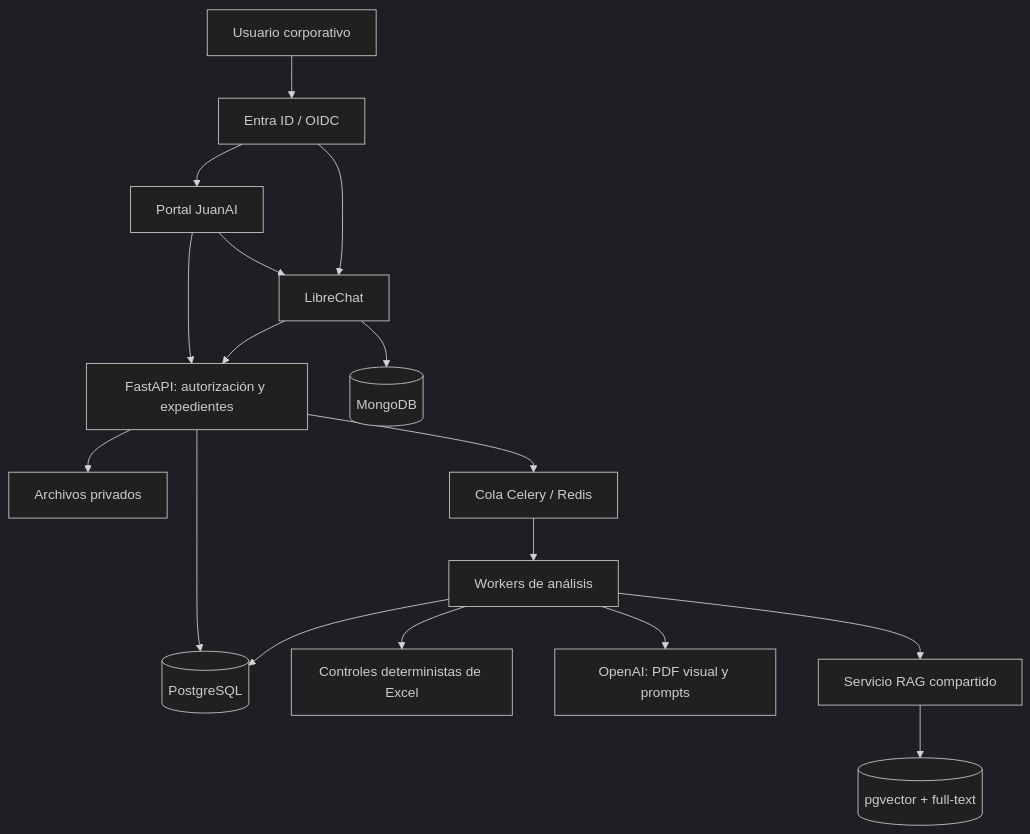
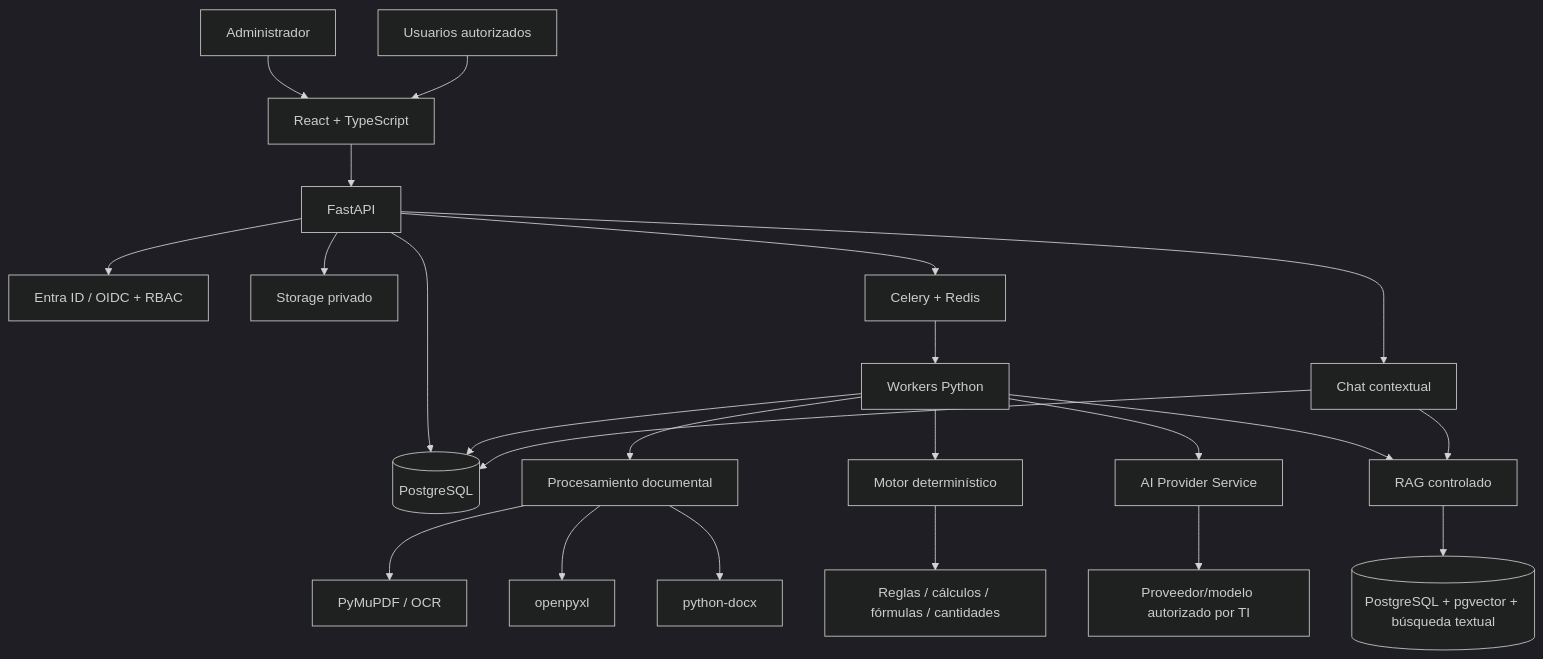
Before and after one commit to rhenriquezvigaflow/JuanitoAI_Test: the diagram in ARQUITECTURA_OBJETIVO.md, drawn with Mermaid (dark theme). The commit also changed other lines of this file, not shown here.

````diff
--- a/ARQUITECTURA_OBJETIVO.md
+++ b/ARQUITECTURA_OBJETIVO.md
@@ -32,19 +29,34 @@
 ```mermaid
 flowchart TD
-    U[Usuario corporativo] --> S[Entra ID / OIDC]
-    S --> P[Portal JuanAI]
-    P --> A[FastAPI: autorización y expedientes]
-    A --> D[(PostgreSQL)]
-    A --> F[Archivos privados]
-    A --> Q[Cola Celery / Redis]
-    Q --> W[Workers de análisis]
-    W --> X[Controles deterministas de Excel]
-    W --> O[OpenAI: PDF visual y prompts]
-    W --> R[Servicio RAG compartido]
-    R --> V[(pgvector + full-text)]
-    W --> D
-    P --> C[LibreChat]
-    S --> C
-    C --> A
-    C --> M[(MongoDB)]
+    A[Administrador] --> UI[React + TypeScript]
+    U[Usuarios autorizados] --> UI
+
+    UI --> API[FastAPI]
+
+    API --> AUTH[Entra ID / OIDC + RBAC]
+    API --> DB[(PostgreSQL)]
+    API --> FS[Storage privado]
+    API --> Q[Celery + Redis]
+
+    Q --> W[Workers Python]
+
+    W --> DOC[Procesamiento documental]
+    DOC --> PDF[PyMuPDF / OCR]
+    DOC --> XLSX[openpyxl]
+    DOC --> DOCX[python-docx]
+
+    W --> RULES[Motor determinístico]
+    RULES --> CHECKS[Reglas / cálculos / fórmulas / cantidades]
+
+    W --> AI[AI Provider Service]
+    AI --> MODEL[Proveedor/modelo autorizado por TI]
+
+    W --> RAG[RAG controlado]
+    RAG --> V[(PostgreSQL + pgvector + búsqueda textual)]
+
+    W --> DB
+
+    API --> CHAT[Chat contextual]
+    CHAT --> RAG
+    CHAT --> DB
 ```
````
